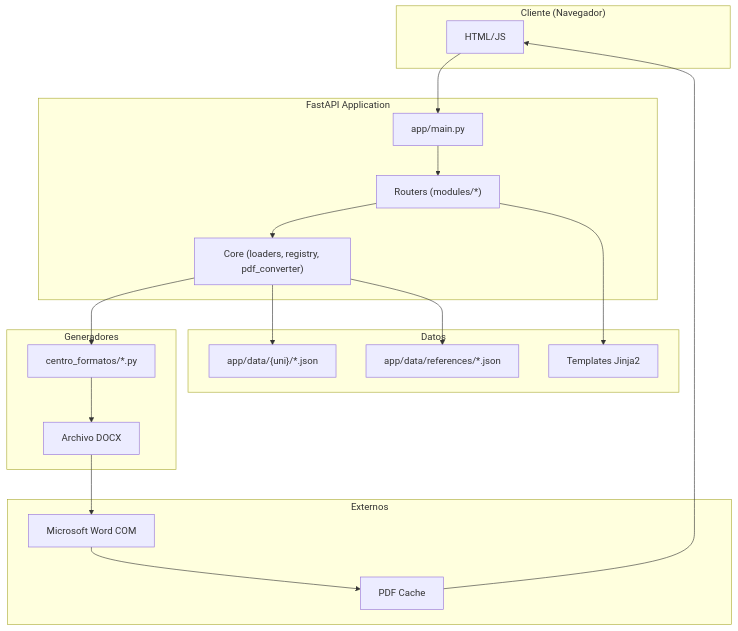
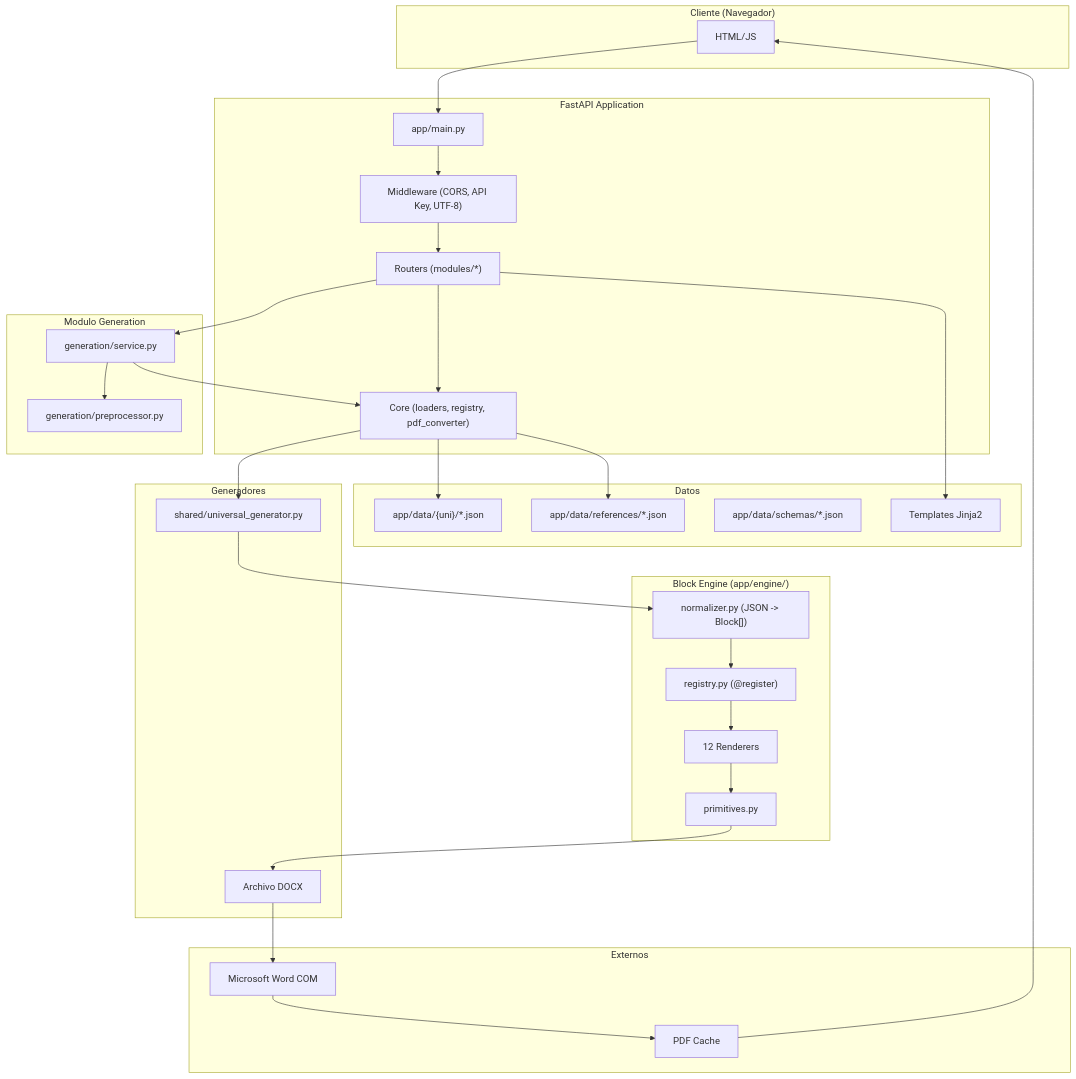
The diagram in docs/manual/04_arquitectura.md (mikehernandez-bit/gicateca_tesis), drawn with Mermaid before and after one commit. The commit also changed other lines of this file and 153 other files, not shown here.

````diff
--- a/docs/manual/04_arquitectura.md
+++ b/docs/manual/04_arquitectura.md
@@ -5,40 +5,62 @@
 ```mermaid
 flowchart TB
     subgraph Cliente["Cliente (Navegador)"]
         Browser["HTML/JS"]
     end
 
     subgraph FastAPI["FastAPI Application"]
         Main["app/main.py"]
+        Middleware["Middleware (CORS, API Key, UTF-8)"]
         Routers["Routers (modules/*)"]
         Core["Core (loaders, registry, pdf_converter)"]
+    end
+
+    subgraph Engine["Block Engine (app/engine/)"]
+        Normalizer["normalizer.py (JSON -> Block[])"]
+        Registry["registry.py (@register)"]
+        Renderers["12 Renderers"]
+        Primitives["primitives.py"]
     end
 
     subgraph Data["Datos"]
         JSON["app/data/{uni}/*.json"]
         References["app/data/references/*.json"]
+        Schemas["app/data/schemas/*.json"]
         Templates["Templates Jinja2"]
     end
 
     subgraph Generators["Generadores"]
-        GenPy["centro_formatos/*.py"]
+        UniGen["shared/universal_generator.py"]
         DOCX["Archivo DOCX"]
+    end
+
+    subgraph GenModule["Modulo Generation"]
+        GenSvc["generation/service.py"]
+        Preproc["generation/preprocessor.py"]
     end
 
     subgraph External["Externos"]
         Word["Microsoft Word COM"]
         PDF["PDF Cache"]
     end
 
     Browser --> Main
-    Main --> Routers
+    Main --> Middleware
+    Middleware --> Routers
     Routers --> Core
+    Routers --> GenSvc
+    GenSvc --> Preproc
+    GenSvc --> Core
     Core --> JSON
     Core --> References
     Routers --> Templates
-    Core --> GenPy
-    GenPy --> DOCX
+    Core --> UniGen
+    UniGen --> Normalizer
+    Normalizer --> Registry
+    Registry --> Renderers
+    Renderers --> Primitives
+    Primitives --> DOCX
     DOCX --> Word
     Word --> PDF
     PDF --> Browser
 ```
````
